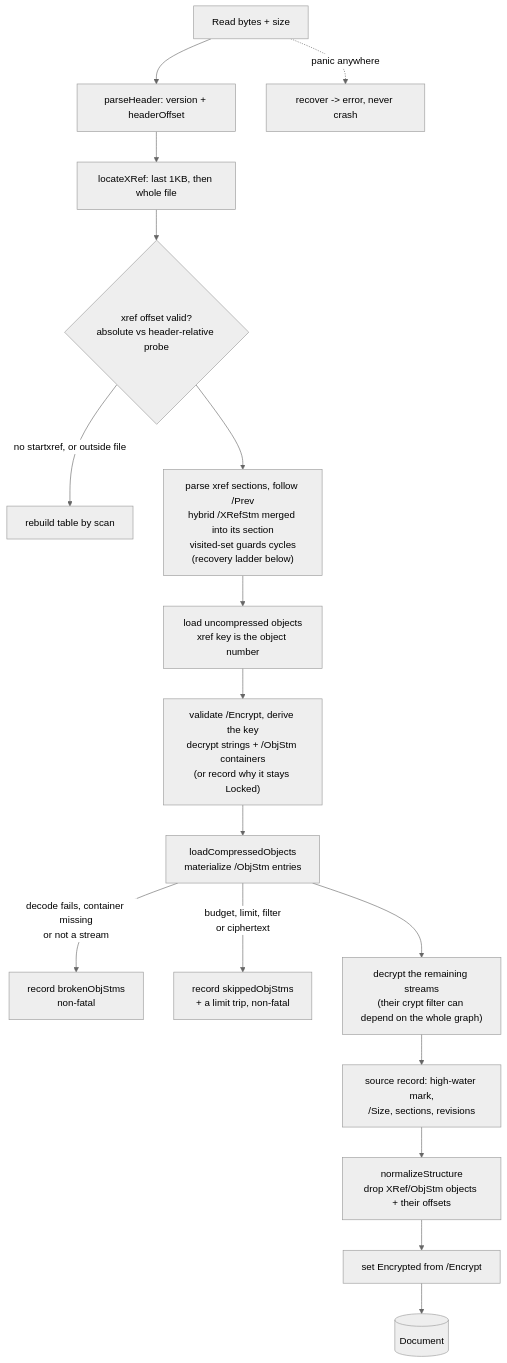
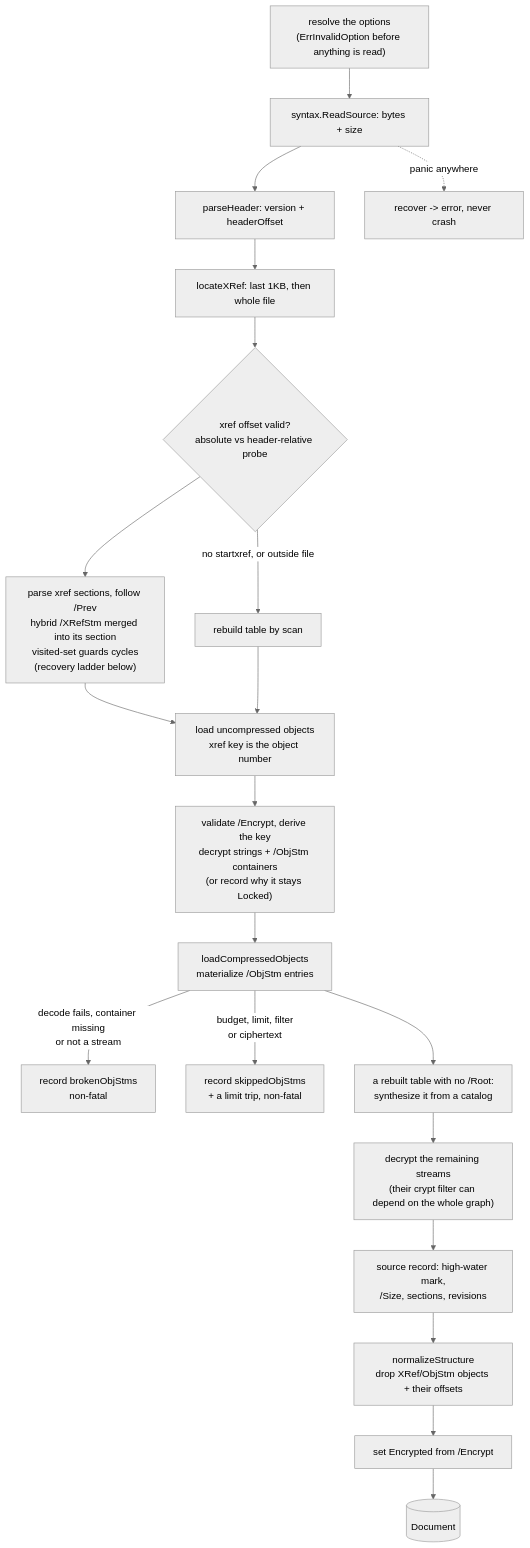
Before and after one commit to mgilbir/pdf0: the third of 5 diagrams in docs/architecture.md, drawn with Mermaid (neutral theme). The commit also changed other lines of this file and 1 other file, not shown here.

First line of the commit message:
architecture: redraw the recovery ladder and Write as the code runs them; lifecycle and dependency diagrams; limits and cancellation become pointers (docs audit 2026-10-11 D4, D21, D46, D55, D41, D22)

````diff
--- a/docs/architecture.md
+++ b/docs/architecture.md
@@ -154,19 +234,22 @@
 ```mermaid
 flowchart TD
-    A[Read bytes + size] --> B[parseHeader: version + headerOffset]
+    O["resolve the options<br/>(ErrInvalidOption before anything is read)"] --> A
+    A["syntax.ReadSource: bytes + size"] --> B[parseHeader: version + headerOffset]
     B --> C[locateXRef: last 1KB, then whole file]
     C --> D{xref offset valid?<br/>absolute vs header-relative probe}
     D -->|no startxref, or outside file| E2[rebuild table by scan]
     D --> E["parse xref sections, follow /Prev<br/>hybrid /XRefStm merged into its section<br/>visited-set guards cycles<br/>(recovery ladder below)"]
     E --> F[load uncompressed objects<br/>xref key is the object number]
+    E2 --> F
     F --> G["validate /Encrypt, derive the key<br/>decrypt strings + /ObjStm containers<br/>(or record why it stays Locked)"]
     G --> H[loadCompressedObjects<br/>materialize /ObjStm entries]
     H -->|decode fails, container missing<br/>or not a stream| H2[record brokenObjStms<br/>non-fatal]
     H -->|budget, limit, filter<br/>or ciphertext| H3[record skippedObjStms<br/>+ a limit trip, non-fatal]
-    H --> G2["decrypt the remaining streams<br/>(their crypt filter can depend on the whole graph)"]
+    H --> R["a rebuilt table with no /Root:<br/>synthesize it from a catalog"]
+    R --> G2["decrypt the remaining streams<br/>(their crypt filter can depend on the whole graph)"]
     G2 --> S[source record: high-water mark,<br/>/Size, sections, revisions]
     S --> I[normalizeStructure<br/>drop XRef/ObjStm objects + their offsets]
     I --> J[set Encrypted from /Encrypt]
     J --> K[(Document)]
-    A -.panic anywhere.-> R[recover -> error, never crash]
+    A -.panic anywhere.-> P[recover -> error, never crash]
 ```
````
